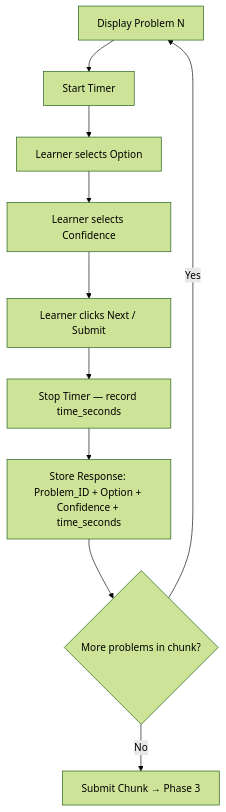
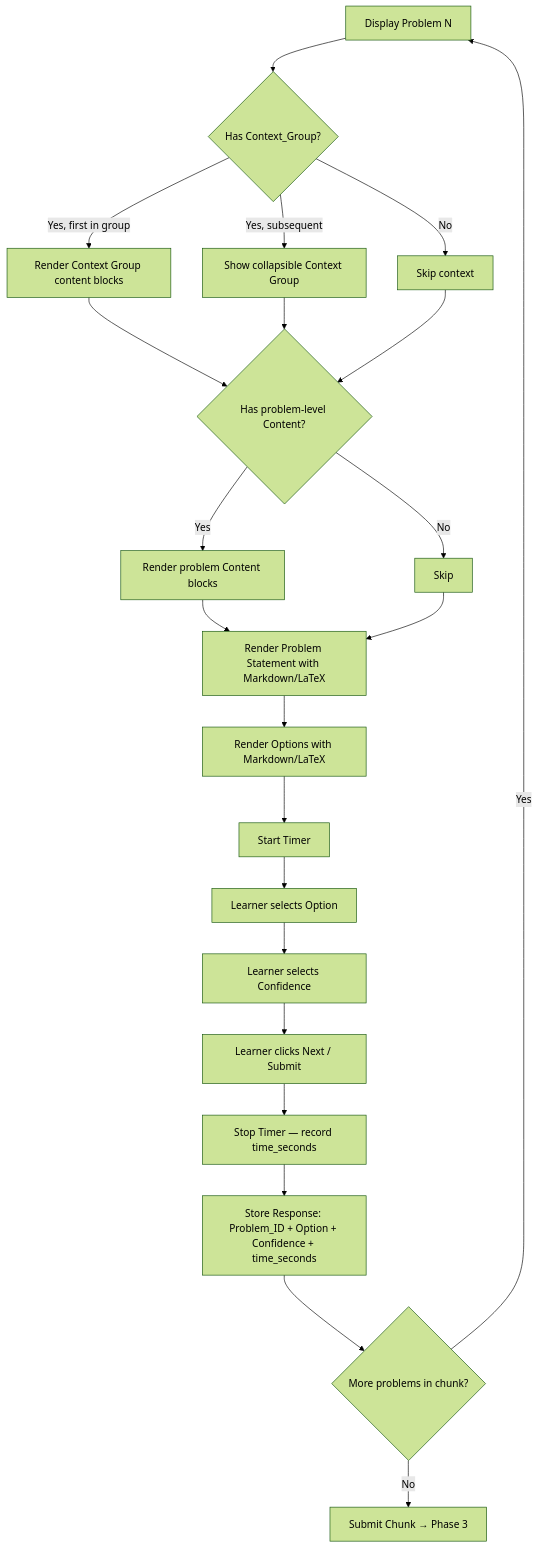
Before and after one commit to jaynote001/MCQTool: the fourth of 6 diagrams in 3_Architecture/1_System_Architecture.md, drawn with Mermaid (forest theme). The commit also changed other lines of this file and 3 other files, not shown here.

Commit message:
Update Architecture Diagrams

````diff
--- a/3_Architecture/1_System_Architecture.md
+++ b/3_Architecture/1_System_Architecture.md
@@ -167,12 +196,24 @@
 ```mermaid
 flowchart TD
-    A[Display Problem N] --> B[Start Timer]
-    B --> C[Learner selects Option]
-    C --> D[Learner selects Confidence]
-    D --> E[Learner clicks Next / Submit]
-    E --> F[Stop Timer — record time_seconds]
-    F --> G[Store Response: Problem_ID + Option + Confidence + time_seconds]
-    G --> H{More problems in chunk?}
-    H -->|Yes| A
-    H -->|No| I[Submit Chunk → Phase 3]
+    A[Display Problem N] --> A2{Has Context_Group?}
+    A2 -->|Yes, first in group| B1[Render Context Group content blocks]
+    A2 -->|Yes, subsequent| B2[Show collapsible Context Group]
+    A2 -->|No| B3[Skip context]
+    B1 --> B4{Has problem-level Content?}
+    B2 --> B4
+    B3 --> B4
+    B4 -->|Yes| B5[Render problem Content blocks]
+    B4 -->|No| B6[Skip]
+    B5 --> C[Render Problem Statement with Markdown/LaTeX]
+    B6 --> C
+    C --> D[Render Options with Markdown/LaTeX]
+    D --> E[Start Timer]
+    E --> F[Learner selects Option]
+    F --> G[Learner selects Confidence]
+    G --> H[Learner clicks Next / Submit]
+    H --> I[Stop Timer — record time_seconds]
+    I --> J[Store Response: Problem_ID + Option + Confidence + time_seconds]
+    J --> K{More problems in chunk?}
+    K -->|Yes| A
+    K -->|No| L[Submit Chunk → Phase 3]
 ```
````
